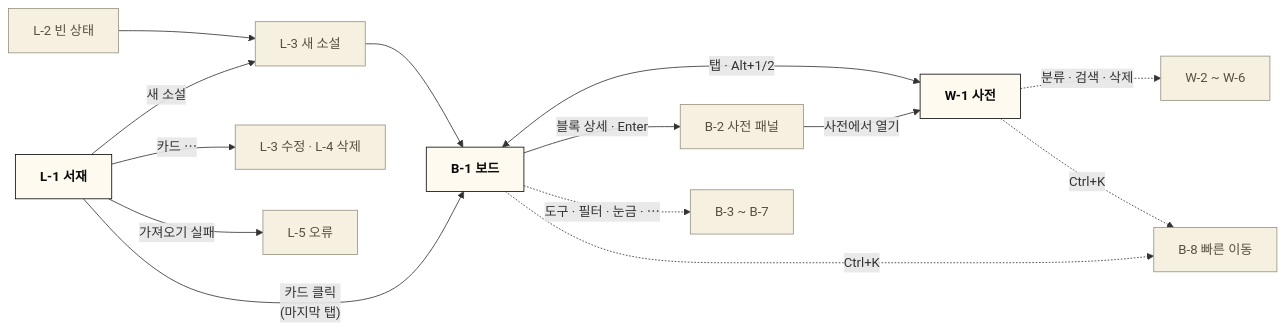
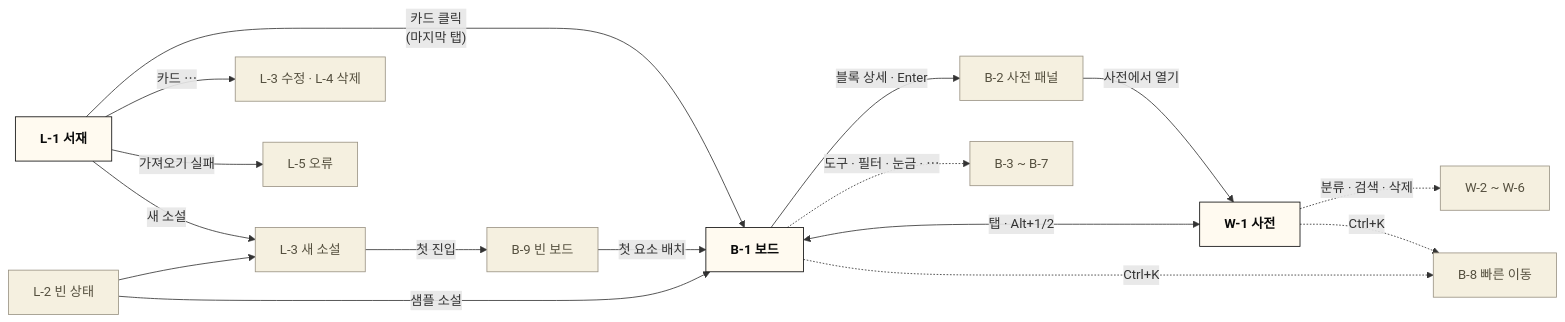
The diagram in docs/design/wireframe.md (kty2001/NovelStory), drawn with Mermaid before and after one commit. The commit also changed other lines of this file and 47 other files, not shown here.

````diff
--- a/docs/design/wireframe.md
+++ b/docs/design/wireframe.md
@@ -12,20 +13,22 @@
 ```mermaid
 %%{init: {"flowchart": {"wrappingWidth": 320}}}%%
 flowchart LR
     EMPTY["L-2 빈 상태"]:::sub --> NEW
+    EMPTY -->|"샘플 소설"| BOARD
+    NEW -->|"첫 진입"| EB["B-9 빈 보드"]:::sub
+    EB -->|"첫 요소 배치"| BOARD
     LIB["<b>L-1 서재</b>"] -->|"새 소설"| NEW["L-3 새 소설"]:::sub
     LIB -->|"카드 ⋯"| DEL["L-3 수정 · L-4 삭제"]:::sub
     LIB -->|"가져오기 실패"| ERR["L-5 오류"]:::sub
-    NEW --> BOARD
     LIB -->|"카드 클릭<br/>(마지막 탭)"| BOARD["<b>B-1 보드</b>"]
     BOARD <-->|"탭 · Alt+1/2"| WIKI["<b>W-1 사전</b>"]
     BOARD -->|"블록 상세 · Enter"| PANEL["B-2 사전 패널"]:::sub
     PANEL -->|"사전에서 열기"| WIKI
     BOARD -.->|"도구 · 필터 · 눈금 · ⋯"| BSUB["B-3 ~ B-7"]:::sub
     WIKI -.->|"분류 · 검색 · 삭제"| WSUB["W-2 ~ W-6"]:::sub
     BOARD -.->|"Ctrl+K"| QK["B-8 빠른 이동"]:::sub
     WIKI -.->|"Ctrl+K"| QK
 
     classDef default fill:#fffaf0,stroke:#0a0a0a,color:#0a0a0a
     classDef sub fill:#f5f0e0,stroke:#9a9384,color:#55503f
 ```
````
